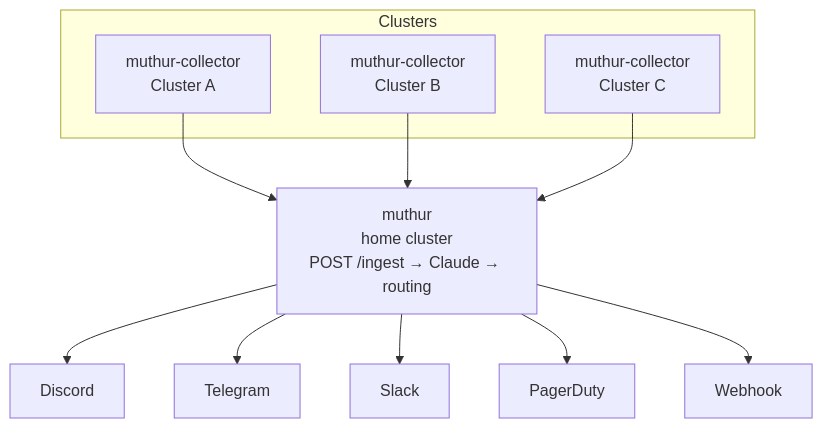
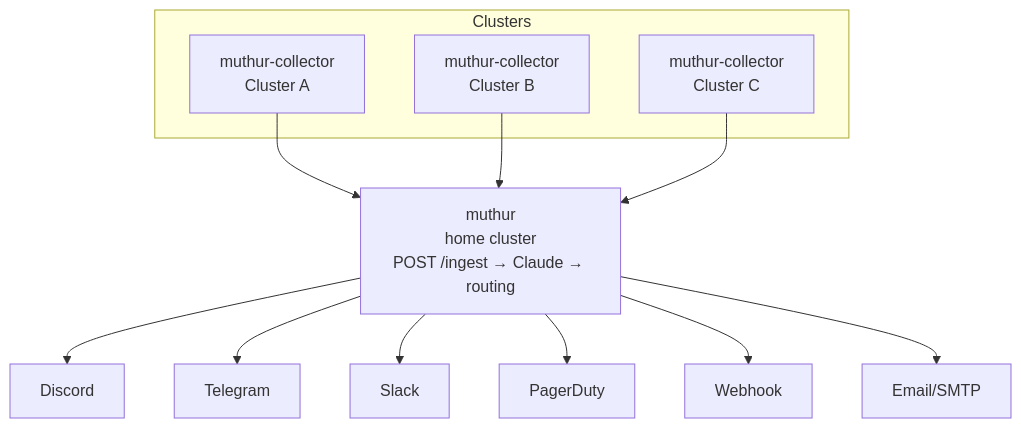
One commit to VojtechPastyrik/muthur changed the diagram in README.md. Above: the diagram before and after it, drawn with Mermaid. The commit also changed other lines of this file and 3 other files, not shown here.

First line of the commit message:
feat: SMTP/email notifier

````diff
--- a/README.md
+++ b/README.md
@@ -11,20 +11,21 @@
 ```mermaid
 flowchart TD
     subgraph Clusters
         A[muthur-collector<br/>Cluster A]
         B[muthur-collector<br/>Cluster B]
         C[muthur-collector<br/>Cluster C]
     end
 
     M[muthur<br/>home cluster<br/>POST /ingest → Claude → routing]
 
     A --> M
     B --> M
     C --> M
 
     M --> D[Discord]
     M --> T[Telegram]
     M --> S[Slack]
     M --> P[PagerDuty]
     M --> W[Webhook]
+    M --> E[Email/SMTP]
 ```
````
